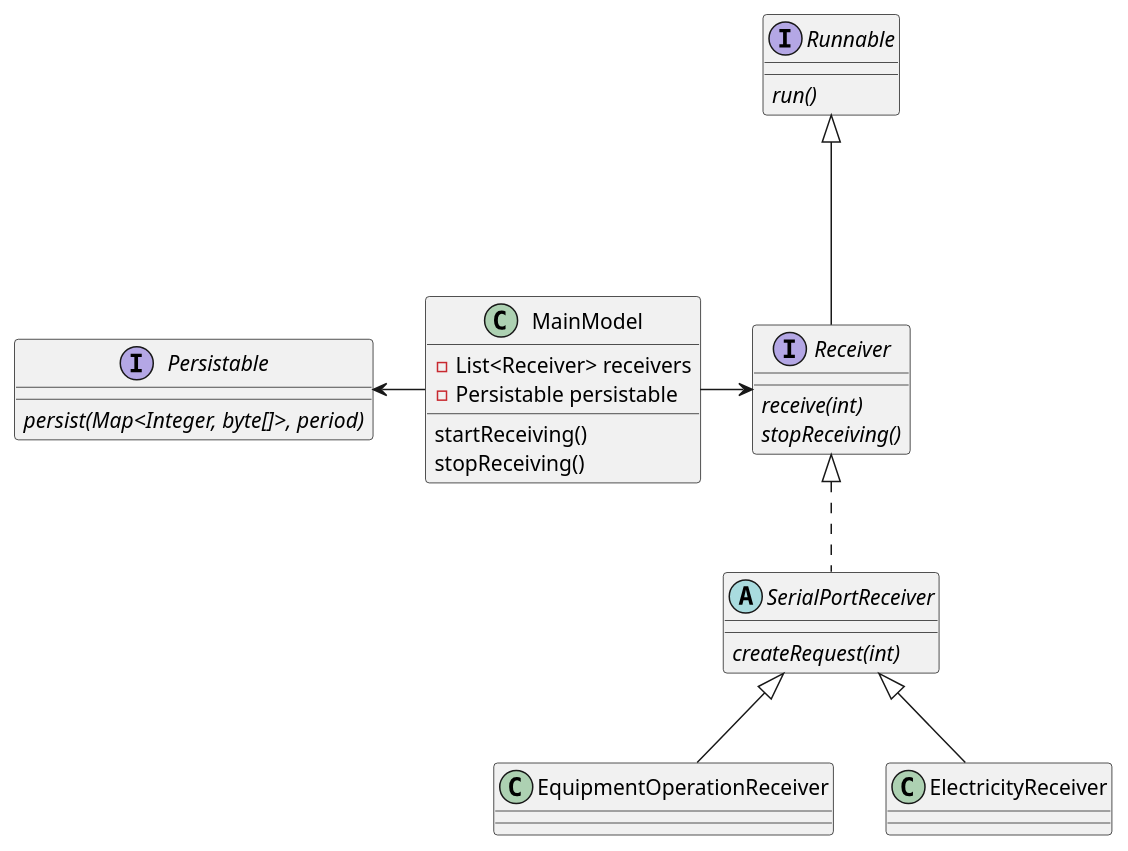
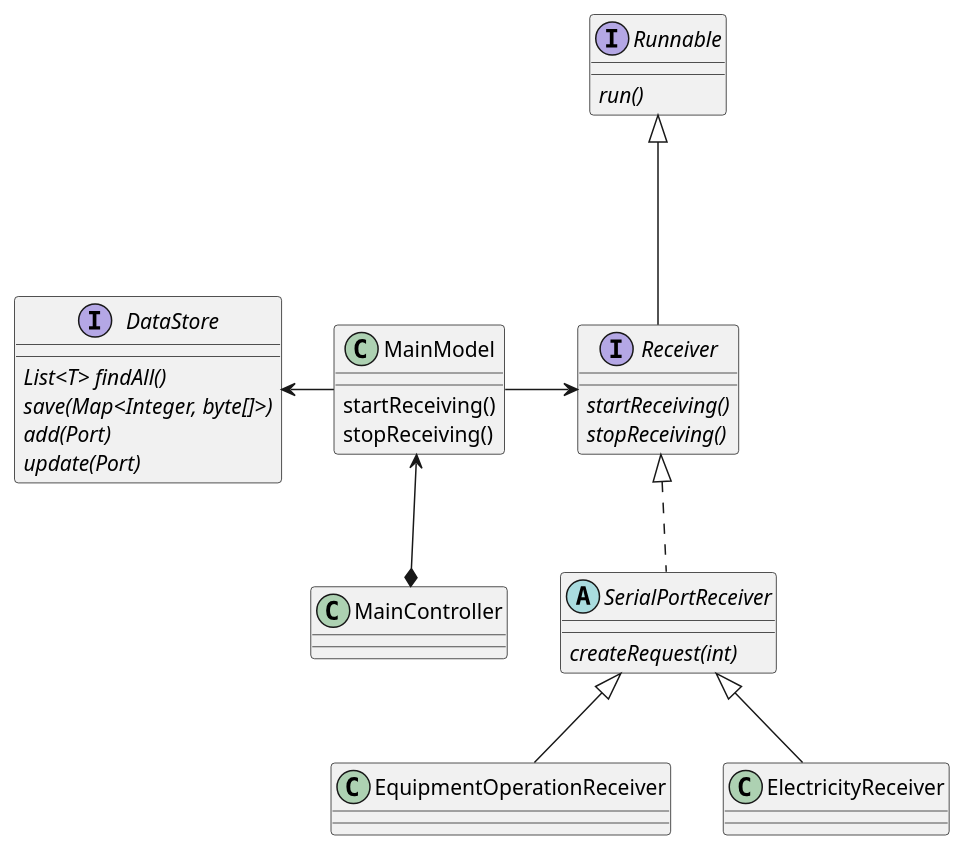
Before and after one commit to AleksOl31/oik-server: the diagram in oik-server.puml, drawn with PlantUML. The commit also changed 6 other files, not shown here.

Commit message:
Добавлен Receiver.java, ReceptionService.java, MainModel.java

```diff
--- a/oik-server.puml
+++ b/oik-server.puml
@@ -1,60 +1,39 @@
 @startuml
 'https://plantuml.com/class-diagram
 
 interface Receiver {
-{abstract} receive(int)
+{abstract} startReceiving()
 {abstract} stopReceiving()
 }
 
 interface Runnable {
 {abstract} run()
 }
 
 Receiver -up--|> Runnable
 abstract class SerialPortReceiver implements Receiver {
 {abstract} createRequest(int)
 }
 class EquipmentOperationReceiver extends SerialPortReceiver
 class ElectricityReceiver extends SerialPortReceiver
 
 class MainModel {
--List<Receiver> receivers
--Persistable persistable
 startReceiving()
 stopReceiving()
 }
 
-interface Persistable {
-{abstract} persist(Map<Integer, byte[]>, period)
+class MainController {
+}
+
+interface DataStore {
+{abstract} List<T> findAll()
+{abstract} save(Map<Integer, byte[]>)
+{abstract} add(Port)
+{abstract} update(Port)
 }
 
 MainModel -right--> Receiver
-MainModel -left--> Persistable
-
-
-
-
-'abstract class AbstractList
-'abstract AbstractCollection
-'interface List
-'interface Collection
-'
-'List <|-- AbstractList
-'Collection <|-- AbstractCollection
-'
-'Collection <|- List
-'AbstractCollection <|- AbstractList
-'AbstractList <|-- ArrayList
-'
-'class ArrayList {
-'Object[] elementData
-'size()
-'}
-'
-'enum TimeUnit {
-'DAYS
-'HOURS
-'MINUTES
-'}
+MainModel -left--> DataStore
+MainModel <--* MainController
 
 @enduml
```
